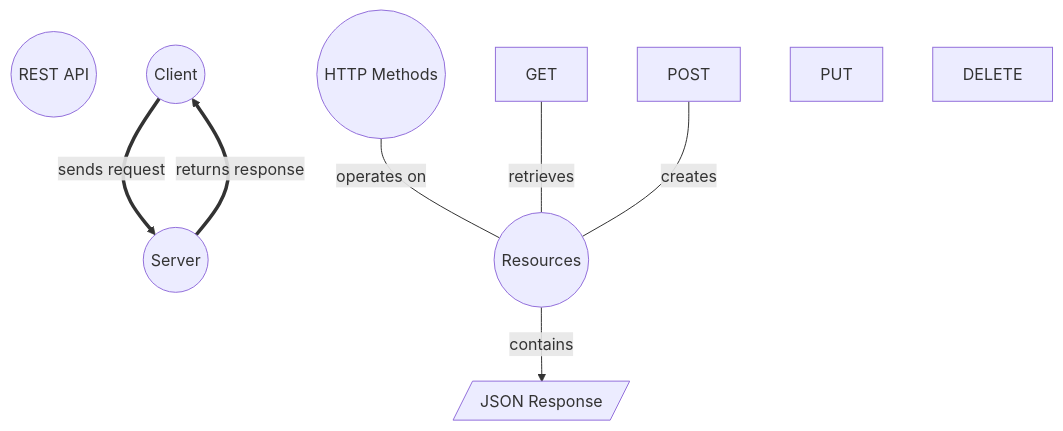
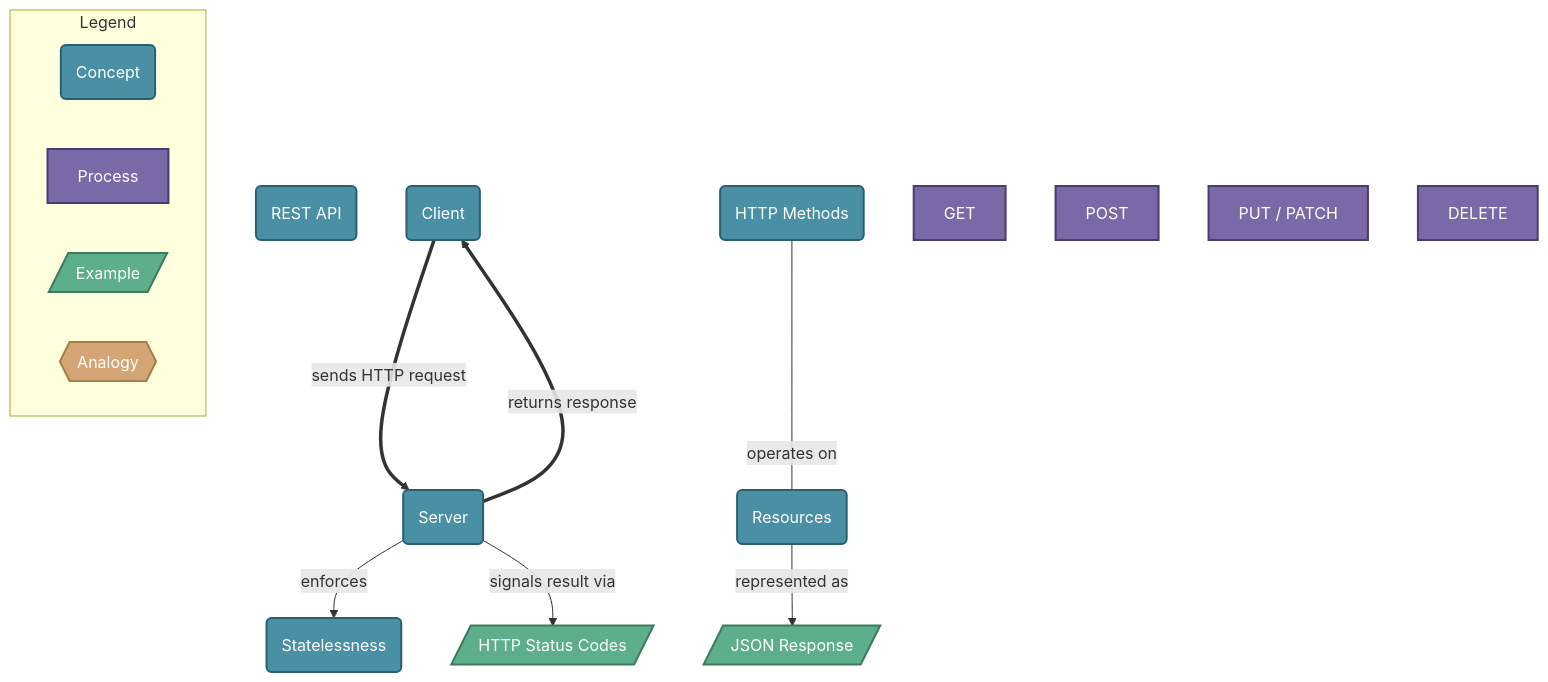
The diagram in mental-models/rest-api-architecture.md (mallyadeepak/mental-model-ai), drawn with Mermaid before and after one commit. The commit also changed other lines of this file and 3 other files, not shown here.

````diff
--- a/mental-models/rest-api-architecture.md
+++ b/mental-models/rest-api-architecture.md
@@ -7,19 +7,35 @@
 ```mermaid
-flowchart TD
-  n1((REST API))
-  n2((Client))
-  n3((Server))
-  n4((HTTP Methods))
-  n5[GET]
-  n6[POST]
-  n7[PUT]
-  n8[DELETE]
-  n9((Resources))
-  n10[/JSON Response/]
-  n2 ==>|sends request| n3
+flowchart TB
+  classDef concept fill:#4A90A4,stroke:#2C5F6E,stroke-width:2px,color:#fff
+  classDef process fill:#7B68A6,stroke:#4A3D6E,stroke-width:2px,color:#fff
+  classDef example fill:#5DAE8B,stroke:#3D7A5E,stroke-width:2px,color:#fff
+  classDef analogy fill:#D4A574,stroke:#A67B4A,stroke-width:2px,color:#fff
+  n1(REST API)
+  n2(Client)
+  n3(Server)
+  n4(HTTP Methods)
+  n5(Resources)
+  n6(Statelessness)
+  n7[GET]
+  n8[POST]
+  n9[PUT / PATCH]
+  n10[DELETE]
+  n11[/JSON Response/]
+  n12[/HTTP Status Codes/]
+  class n1,n2,n3,n4,n5,n6 concept
+  class n7,n8,n9,n10 process
+  class n11,n12 example
+  n2 ==>|sends HTTP request| n3
   n3 ==>|returns response| n2
-  n4 ---|operates on| n9
-  n9 -->|contains| n10
-  n5 ---|retrieves| n9
-  n6 ---|creates| n9
+  n4 ---|operates on| n5
+  n5 -->|represented as| n11
+  n3 -->|enforces| n6
+  n3 -->|signals result via| n12
+
+  subgraph Legend
+    L1(Concept):::concept
+    L2[Process]:::process
+    L3[/Example/]:::example
+    L4{{Analogy}}:::analogy
+  end
 ```
````
